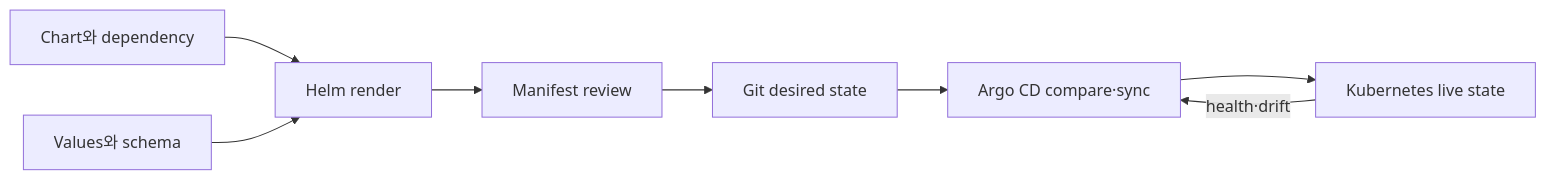
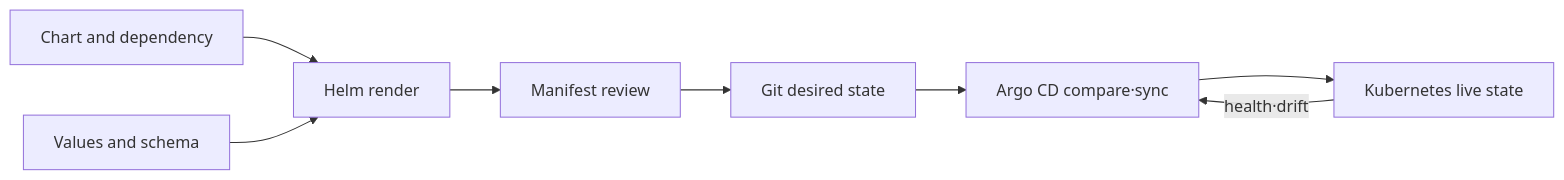
Before and after one commit to nohdol97/nohdol-study: the diagram in docs-site/content/helm-gitops/00-roadmap.md, drawn with Mermaid. The commit also changed other lines of this file and 116 other files, not shown here.

````diff
--- a/docs-site/content/helm-gitops/00-roadmap.md
+++ b/docs-site/content/helm-gitops/00-roadmap.md
@@ -24,10 +24,10 @@
 ```mermaid
 flowchart LR
-    C[Chart와 dependency] --> H[Helm render]
-    V[Values와 schema] --> H
+    C[Chart and dependency] --> H[Helm render]
+    V[Values ​​and schema] --> H
     H --> M[Manifest review]
     M --> G[Git desired state]
     G --> A[Argo CD compare·sync]
     A --> K[Kubernetes live state]
     K -->|health·drift| A
 ```
````
